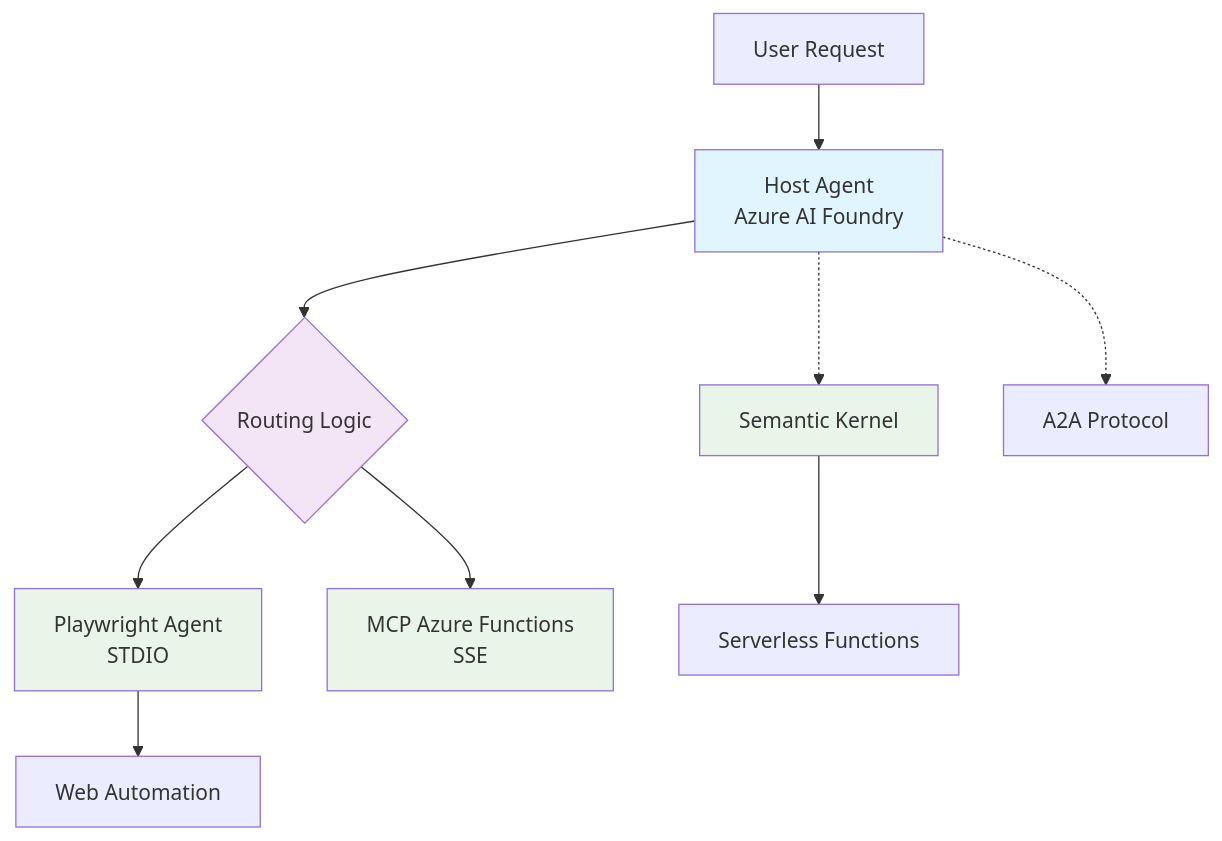
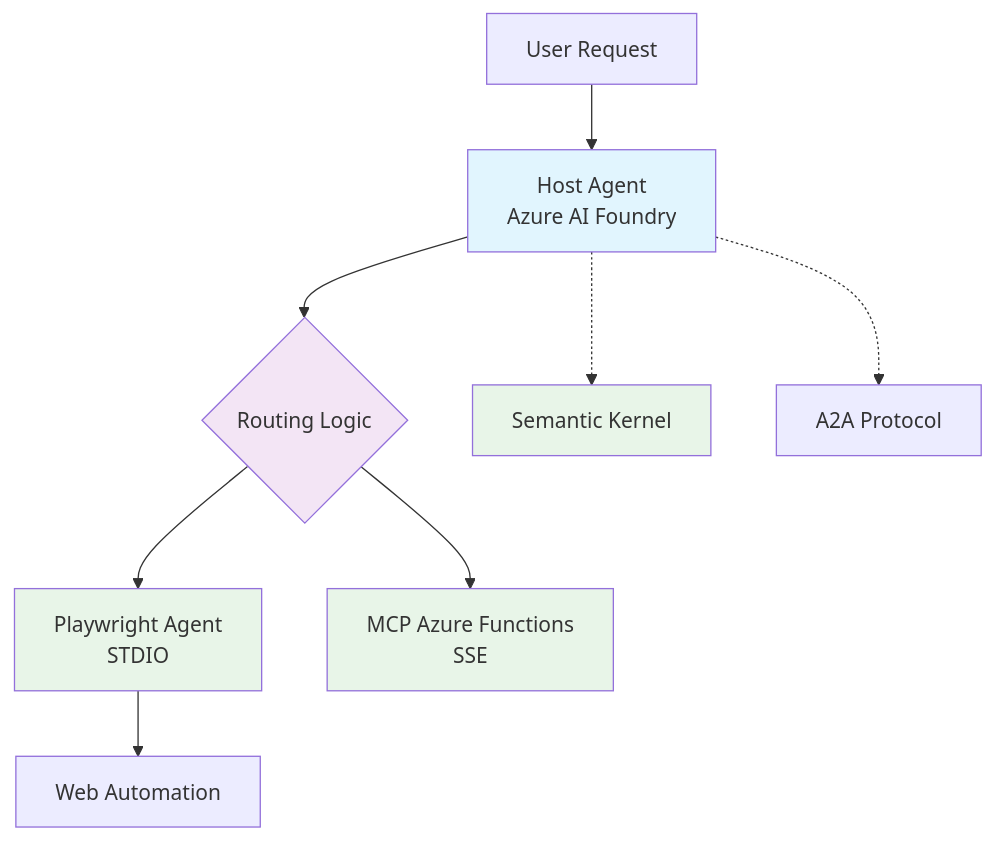
One commit to google-a2a/a2a-samples changed the diagram in samples/python/agents/azureaifoundry_sdk/multi_agent/README.md. Above: the diagram before and after it, drawn with Mermaid.

Commit message:
feat: Multi-Agent System with Azure AI Foundry

````diff
--- a/samples/python/agents/azureaifoundry_sdk/multi_agent/README.md
+++ b/samples/python/agents/azureaifoundry_sdk/multi_agent/README.md
@@ -11,19 +11,18 @@
 ```mermaid
 graph TD
     A[User Request] --> B[Host Agent<br/>Azure AI Foundry]
     B --> C{Routing Logic}
     C --> D[Playwright Agent<br/>STDIO]
     C --> E[MCP Azure Functions<br/>SSE]
     
     B -.-> F[Semantic Kernel]
     B -.-> G[A2A Protocol]
     
     D --> H[Web Automation]
-    F --> I[Serverless Functions]
     
     style B fill:#e1f5fe
     style C fill:#f3e5f5
     style D fill:#e8f5e8
     style E fill:#e8f5e8
     style F fill:#e8f5e8
 ```
````
